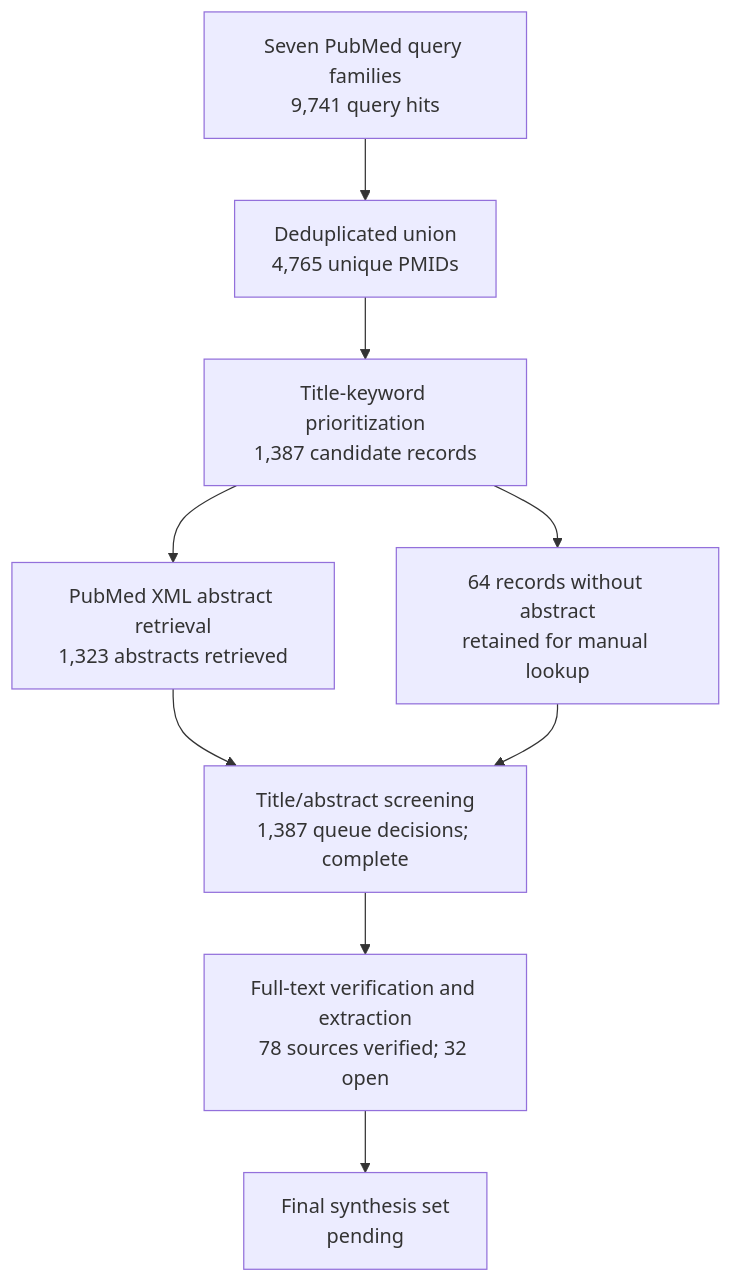
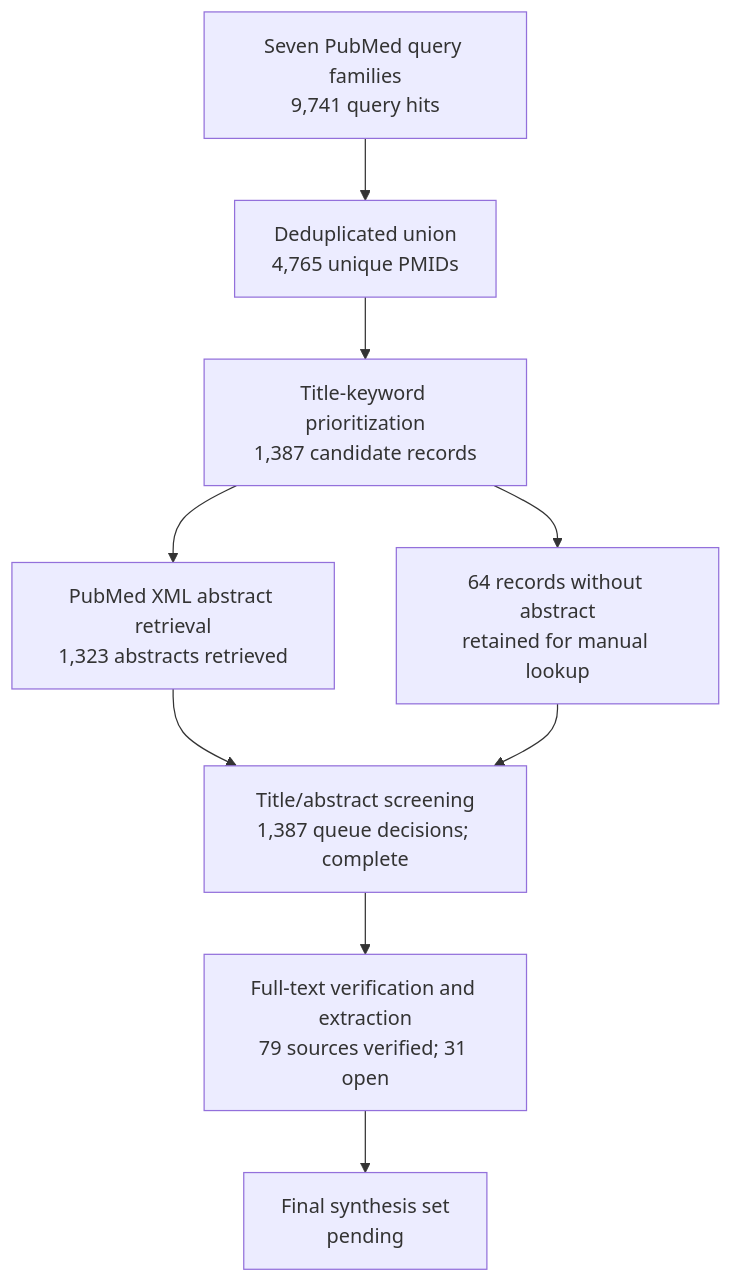
The diagram in manuscript/review-flow.md (dcmcshan/artemisia), drawn with Mermaid before and after one commit. The commit also changed other lines of this file and 16 other files, not shown here.

Commit message:
Expand full-text antiparasitic verification

````diff
--- a/manuscript/review-flow.md
+++ b/manuscript/review-flow.md
@@ -5,11 +5,11 @@
 ```mermaid
 flowchart TB
   Q[Seven PubMed query families<br/>9,741 query hits] --> U[Deduplicated union<br/>4,765 unique PMIDs]
   U --> T[Title-keyword prioritization<br/>1,387 candidate records]
   T --> A[PubMed XML abstract retrieval<br/>1,323 abstracts retrieved]
   T --> N[64 records without abstract<br/>retained for manual lookup]
   A --> M[Title/abstract screening<br/>1,387 queue decisions; complete]
   N --> M
-  M --> F[Full-text verification and extraction<br/>78 sources verified; 32 open]
+  M --> F[Full-text verification and extraction<br/>79 sources verified; 31 open]
   F --> S[Final synthesis set<br/>pending]
 ```
````
